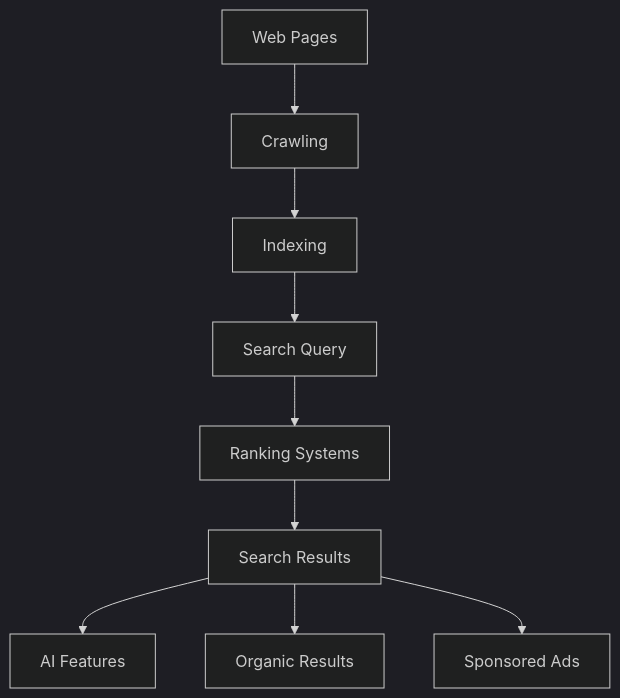
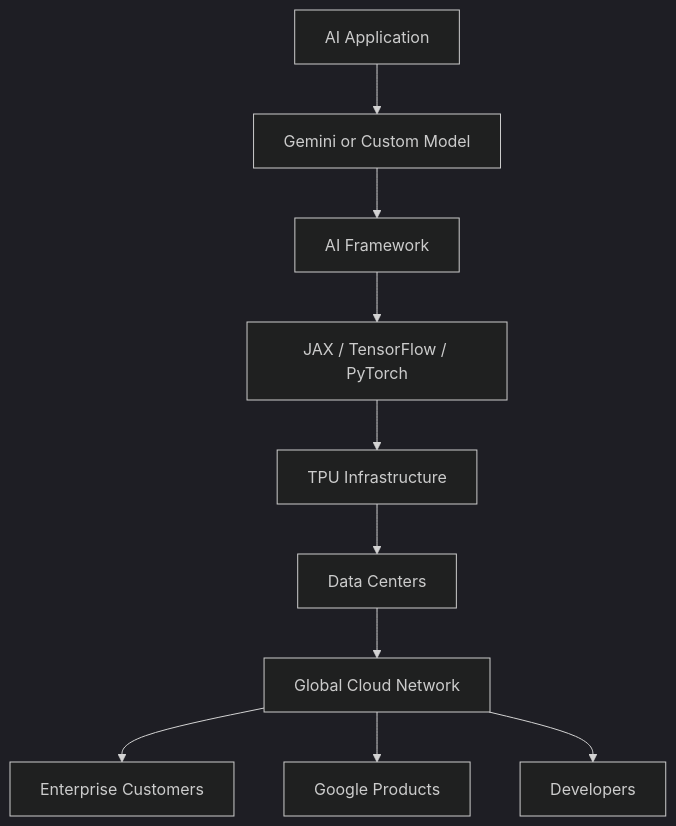
One commit to Ayush-srivastava504/System-design changed diagram 15 of 19 in DAY-005-GOOGLE-CASE-STUDY.md. Above: the diagram before and after it, drawn with Mermaid (dark theme). The commit also changed other lines of this file, not shown here.

Commit message:
Updated readme of google case study

````diff
--- a/DAY-005-GOOGLE-CASE-STUDY.md
+++ b/DAY-005-GOOGLE-CASE-STUDY.md
@@ -583,11 +1664,14 @@
 ```mermaid
 flowchart TD
-    A[Web Pages] --> B[Crawling]
-    B --> C[Indexing]
-    C --> D[Search Query]
-    D --> E[Ranking Systems]
-    E --> F[Search Results]
-    F --> G[AI Features]
-    F --> H[Organic Results]
-    F --> I[Sponsored Ads]
+    A["AI Application"] --> B["Gemini or Custom Model"]
+    B --> C["AI Framework"]
+    C --> D["JAX / TensorFlow / PyTorch"]
+
+    D --> E["TPU Infrastructure"]
+    E --> F["Data Centers"]
+    F --> G["Global Cloud Network"]
+
+    G --> H["Enterprise Customers"]
+    G --> I["Google Products"]
+    G --> J["Developers"]
 ```
````
